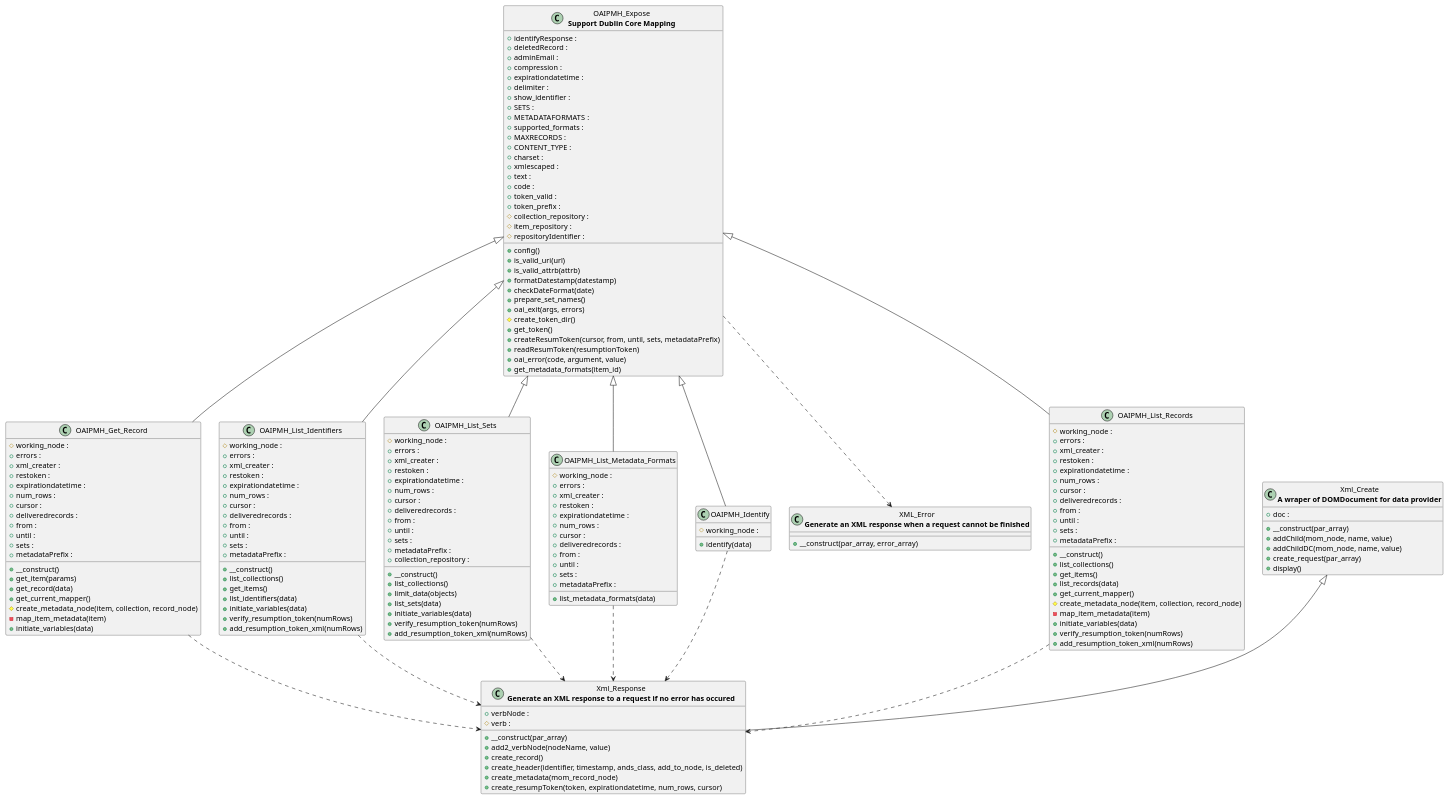
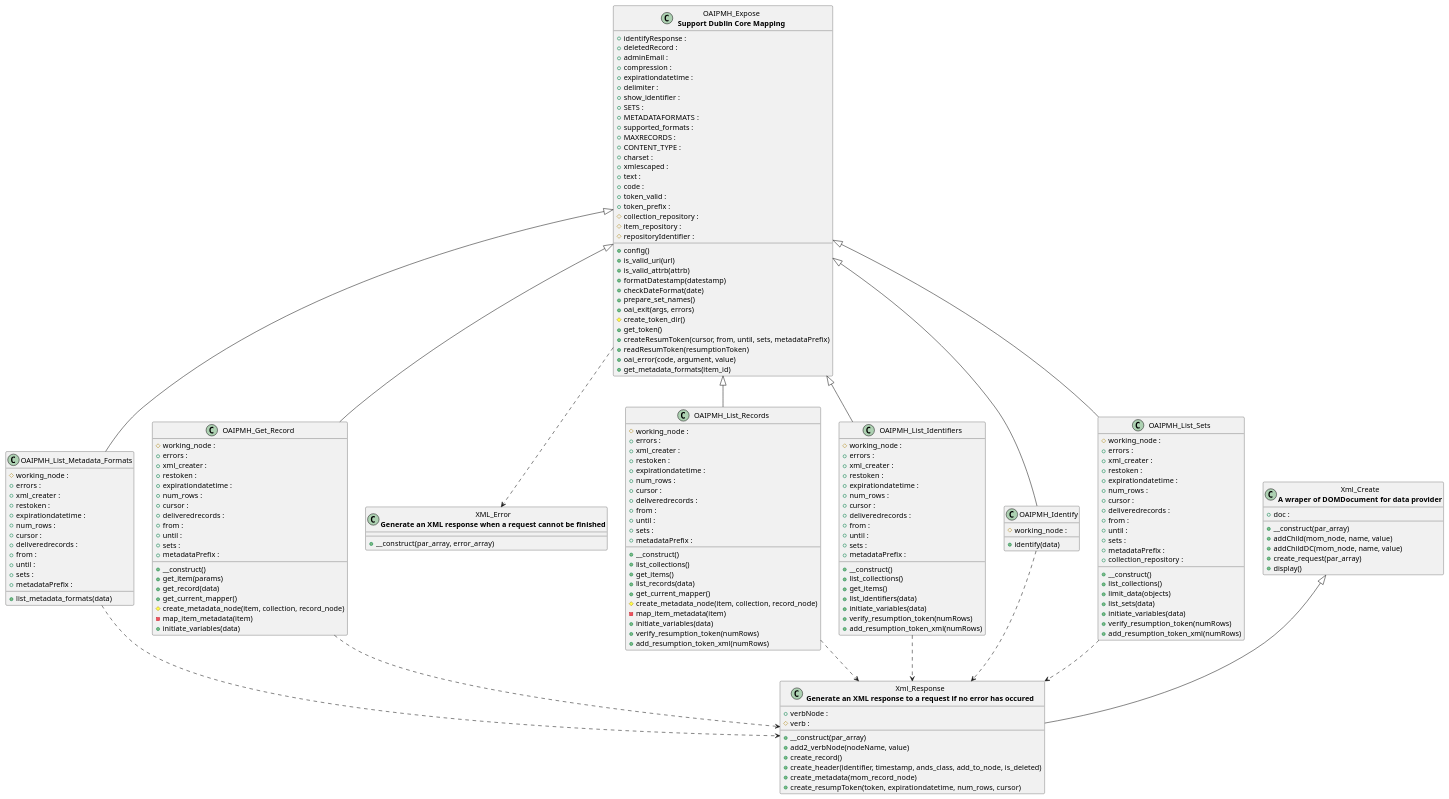
The diagram in docs/diagrams/tainacan-namespace-Tainacan-OAIPMHExpose.puml (tainacan/tainacan), drawn with PlantUML before and after one commit. The commit also changed other lines of this file and 69 other files, not shown here.

```diff
--- a/docs/diagrams/tainacan-namespace-Tainacan-OAIPMHExpose.puml
+++ b/docs/diagrams/tainacan-namespace-Tainacan-OAIPMHExpose.puml
@@ -1,180 +1,180 @@
 @startuml class-diagram
+  class "OAIPMH_List_Metadata_Formats" as OAIPMH_List_Metadata_Formats {
+    #working_node : 
+    +errors : 
+    +xml_creater : 
+    +restoken : 
+    +expirationdatetime : 
+    +num_rows : 
+    +cursor : 
+    +deliveredrecords : 
+    +from : 
+    +until : 
+    +sets : 
+    +metadataPrefix : 
+    +list_metadata_formats(data)
+  }
   class "OAIPMH_Get_Record" as OAIPMH_Get_Record {
     #working_node : 
     +errors : 
     +xml_creater : 
     +restoken : 
     +expirationdatetime : 
     +num_rows : 
     +cursor : 
     +deliveredrecords : 
     +from : 
     +until : 
     +sets : 
     +metadataPrefix : 
     +__construct()
     +get_item(params)
     +get_record(data)
     +get_current_mapper()
     #create_metadata_node(item, collection, record_node)
     -map_item_metadata(item)
     +initiate_variables(data)
   }
-  class "OAIPMH_List_Identifiers" as OAIPMH_List_Identifiers {
-    #working_node : 
-    +errors : 
-    +xml_creater : 
-    +restoken : 
-    +expirationdatetime : 
-    +num_rows : 
-    +cursor : 
-    +deliveredrecords : 
-    +from : 
-    +until : 
-    +sets : 
-    +metadataPrefix : 
-    +__construct()
-    +list_collections()
-    +get_items()
-    +list_identifiers(data)
-    +initiate_variables(data)
-    +verify_resumption_token(numRows)
-    +add_resumption_token_xml(numRows)
-  }
-  class "OAIPMH_List_Sets" as OAIPMH_List_Sets {
-    #working_node : 
-    +errors : 
-    +xml_creater : 
-    +restoken : 
-    +expirationdatetime : 
-    +num_rows : 
-    +cursor : 
-    +deliveredrecords : 
-    +from : 
-    +until : 
-    +sets : 
-    +metadataPrefix : 
-    +collection_repository : 
-    +__construct()
-    +list_collections()
-    +limit_data(objects)
-    +list_sets(data)
-    +initiate_variables(data)
-    +verify_resumption_token(numRows)
-    +add_resumption_token_xml(numRows)
+  class "XML_Error\n<b>Generate an XML response when a request cannot be finished</b>" as XML_Error {
+    +__construct(par_array, error_array)
   }
   class "OAIPMH_Expose\n<b>Support Dublin Core Mapping</b>" as OAIPMH_Expose {
     +identifyResponse : 
     +deletedRecord : 
     +adminEmail : 
     +compression : 
     +expirationdatetime : 
     +delimiter : 
     +show_identifier : 
     +SETS : 
     +METADATAFORMATS : 
     +supported_formats : 
     +MAXRECORDS : 
     +CONTENT_TYPE : 
     +charset : 
     +xmlescaped : 
     +text : 
     +code : 
     +token_valid : 
     +token_prefix : 
     #collection_repository : 
     #item_repository : 
     #repositoryIdentifier : 
     +config()
     +is_valid_uri(url)
     +is_valid_attrb(attrb)
     +formatDatestamp(datestamp)
     +checkDateFormat(date)
     +prepare_set_names()
     +oai_exit(args, errors)
     #create_token_dir()
     +get_token()
     +createResumToken(cursor, from, until, sets, metadataPrefix)
     +readResumToken(resumptionToken)
     +oai_error(code, argument, value)
     +get_metadata_formats(item_id)
   }
-  class "OAIPMH_List_Metadata_Formats" as OAIPMH_List_Metadata_Formats {
-    #working_node : 
-    +errors : 
-    +xml_creater : 
-    +restoken : 
-    +expirationdatetime : 
-    +num_rows : 
-    +cursor : 
-    +deliveredrecords : 
-    +from : 
-    +until : 
-    +sets : 
-    +metadataPrefix : 
-    +list_metadata_formats(data)
-  }
-  class "OAIPMH_Identify" as OAIPMH_Identify {
-    #working_node : 
-    +identify(data)
-  }
-  class "XML_Error\n<b>Generate an XML response when a request cannot be finished</b>" as XML_Error {
-    +__construct(par_array, error_array)
-  }
-  class "Xml_Response\n<b>Generate an XML response to a request if no error has occured</b>" as Xml_Response {
-    +verbNode : 
-    #verb : 
-    +__construct(par_array)
-    +add2_verbNode(nodeName, value)
-    +create_record()
-    +create_header(identifier, timestamp, ands_class, add_to_node, is_deleted)
-    +create_metadata(mom_record_node)
-    +create_resumpToken(token, expirationdatetime, num_rows, cursor)
-  }
   class "OAIPMH_List_Records" as OAIPMH_List_Records {
     #working_node : 
     +errors : 
     +xml_creater : 
     +restoken : 
     +expirationdatetime : 
     +num_rows : 
     +cursor : 
     +deliveredrecords : 
     +from : 
     +until : 
     +sets : 
     +metadataPrefix : 
     +__construct()
     +list_collections()
     +get_items()
     +list_records(data)
     +get_current_mapper()
     #create_metadata_node(item, collection, record_node)
     -map_item_metadata(item)
     +initiate_variables(data)
     +verify_resumption_token(numRows)
     +add_resumption_token_xml(numRows)
   }
+  class "Xml_Response\n<b>Generate an XML response to a request if no error has occured</b>" as Xml_Response {
+    +verbNode : 
+    #verb : 
+    +__construct(par_array)
+    +add2_verbNode(nodeName, value)
+    +create_record()
+    +create_header(identifier, timestamp, ands_class, add_to_node, is_deleted)
+    +create_metadata(mom_record_node)
+    +create_resumpToken(token, expirationdatetime, num_rows, cursor)
+  }
+  class "OAIPMH_List_Identifiers" as OAIPMH_List_Identifiers {
+    #working_node : 
+    +errors : 
+    +xml_creater : 
+    +restoken : 
+    +expirationdatetime : 
+    +num_rows : 
+    +cursor : 
+    +deliveredrecords : 
+    +from : 
+    +until : 
+    +sets : 
+    +metadataPrefix : 
+    +__construct()
+    +list_collections()
+    +get_items()
+    +list_identifiers(data)
+    +initiate_variables(data)
+    +verify_resumption_token(numRows)
+    +add_resumption_token_xml(numRows)
+  }
   class "Xml_Create\n<b>A wraper of DOMDocument for data provider</b>" as Xml_Create {
     +doc : 
     +__construct(par_array)
     +addChild(mom_node, name, value)
     +addChildDC(mom_node, name, value)
     +create_request(par_array)
     +display()
+  }
+  class "OAIPMH_Identify" as OAIPMH_Identify {
+    #working_node : 
+    +identify(data)
+  }
+  class "OAIPMH_List_Sets" as OAIPMH_List_Sets {
+    #working_node : 
+    +errors : 
+    +xml_creater : 
+    +restoken : 
+    +expirationdatetime : 
+    +num_rows : 
+    +cursor : 
+    +deliveredrecords : 
+    +from : 
+    +until : 
+    +sets : 
+    +metadataPrefix : 
+    +collection_repository : 
+    +__construct()
+    +list_collections()
+    +limit_data(objects)
+    +list_sets(data)
+    +initiate_variables(data)
+    +verify_resumption_token(numRows)
+    +add_resumption_token_xml(numRows)
   }
   OAIPMH_Expose ..> XML_Error
   OAIPMH_Expose <|-- OAIPMH_Get_Record
   OAIPMH_Expose <|-- OAIPMH_Identify
   OAIPMH_Expose <|-- OAIPMH_List_Identifiers
   OAIPMH_Expose <|-- OAIPMH_List_Metadata_Formats
   OAIPMH_Expose <|-- OAIPMH_List_Records
   OAIPMH_Expose <|-- OAIPMH_List_Sets
   OAIPMH_Get_Record ..> Xml_Response
   OAIPMH_Identify ..> Xml_Response
   OAIPMH_List_Identifiers ..> Xml_Response
   OAIPMH_List_Metadata_Formats ..> Xml_Response
   OAIPMH_List_Records ..> Xml_Response
   OAIPMH_List_Sets ..> Xml_Response
   Xml_Create <|-- Xml_Response
 @enduml
```
